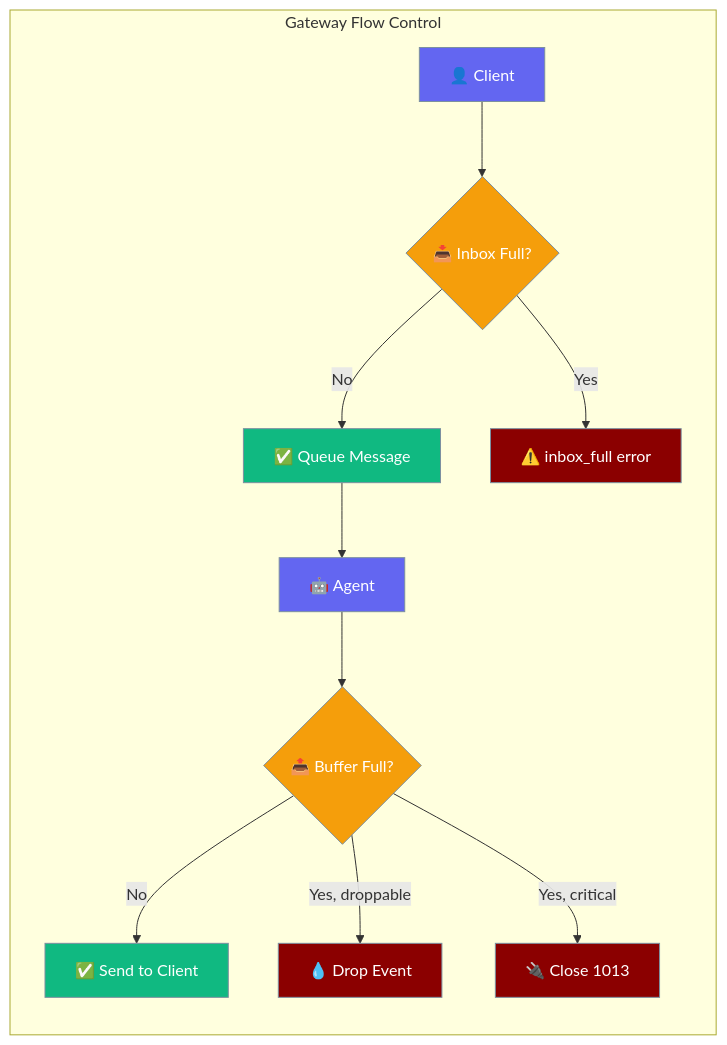
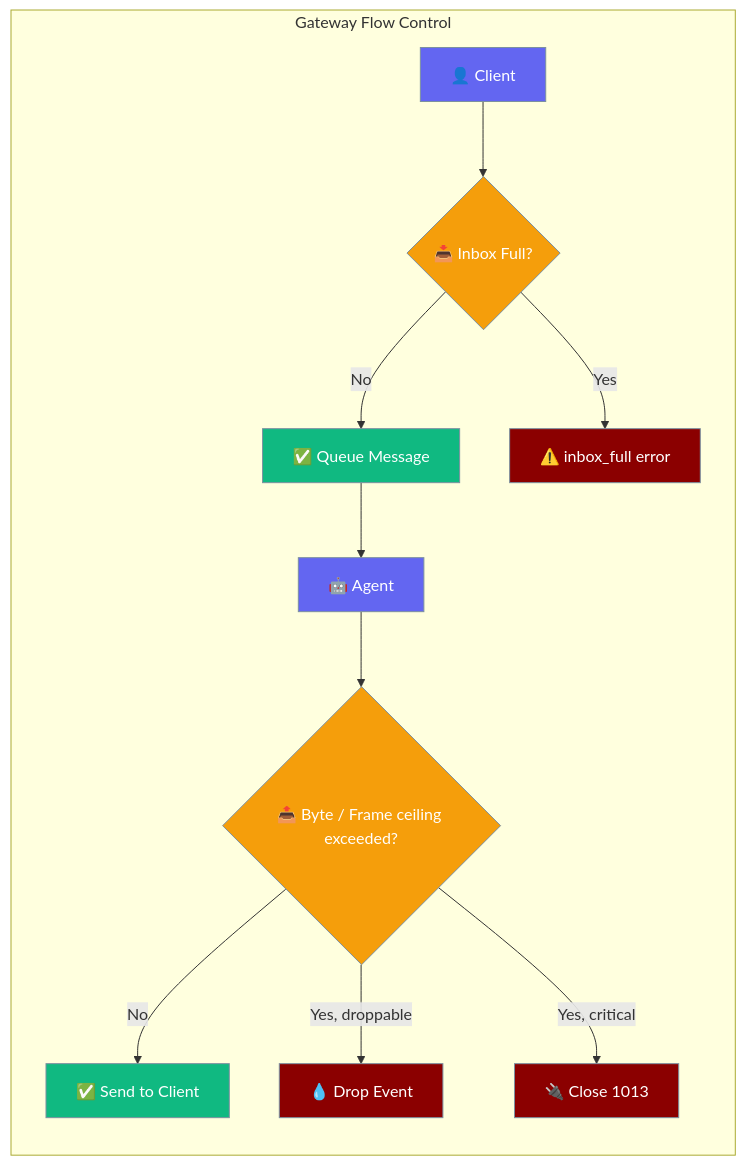
One commit to MervinPraison/PraisonAIDocs changed the first of 2 diagrams in docs/features/gateway-flow-control.mdx. Above: the diagram before and after it, drawn with Mermaid. The commit also changed other lines of this file and 4 other files, not shown here.

````diff
--- a/docs/features/gateway-flow-control.mdx
+++ b/docs/features/gateway-flow-control.mdx
@@ -10,23 +10,23 @@
 ```mermaid
 graph LR
     subgraph "Gateway Flow Control"
         Client[👤 Client] --> Inbox{📥 Inbox Full?}
         Inbox -->|No| Queue[✅ Queue Message]
         Inbox -->|Yes| Reject[⚠️ inbox_full error]
         Queue --> Agent[🤖 Agent]
-        Agent --> Buffer{📤 Buffer Full?}
+        Agent --> Buffer{📤 Byte / Frame ceiling exceeded?}
         Buffer -->|No| Send[✅ Send to Client]
         Buffer -->|Yes, droppable| Drop[💧 Drop Event]
         Buffer -->|Yes, critical| Close[🔌 Close 1013]
     end
 
     classDef input fill:#6366F1,stroke:#7C90A0,color:#fff
     classDef decision fill:#F59E0B,stroke:#7C90A0,color:#fff
     classDef success fill:#10B981,stroke:#7C90A0,color:#fff
     classDef error fill:#8B0000,stroke:#7C90A0,color:#fff
 
     class Client,Agent input
     class Inbox,Buffer decision
     class Queue,Send success
     class Reject,Drop,Close error
 ```
````
